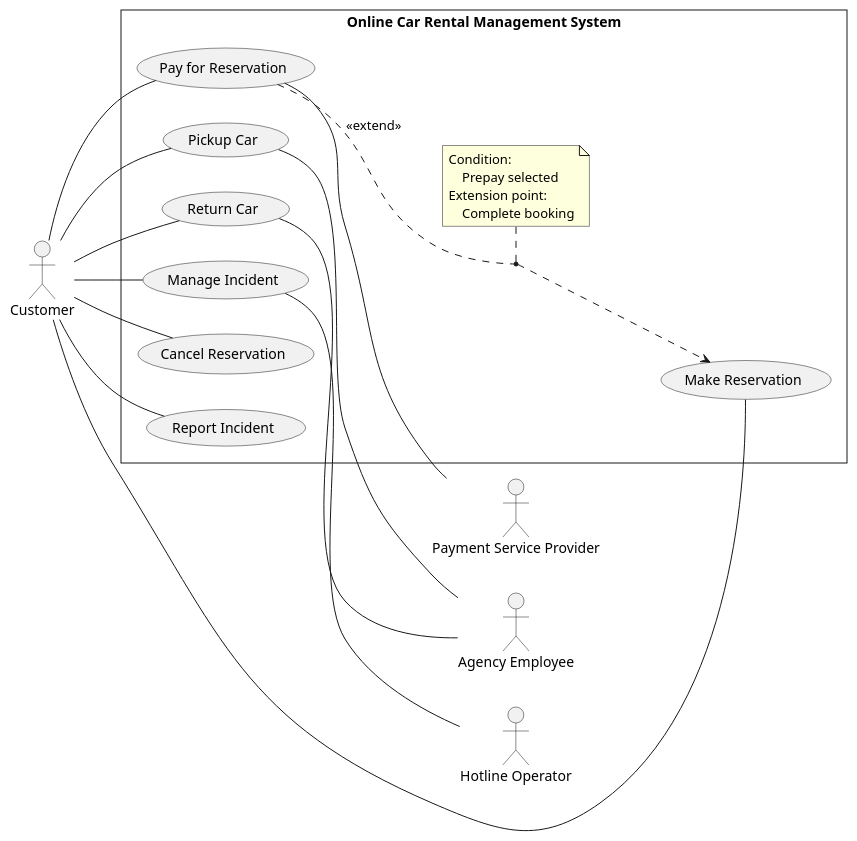
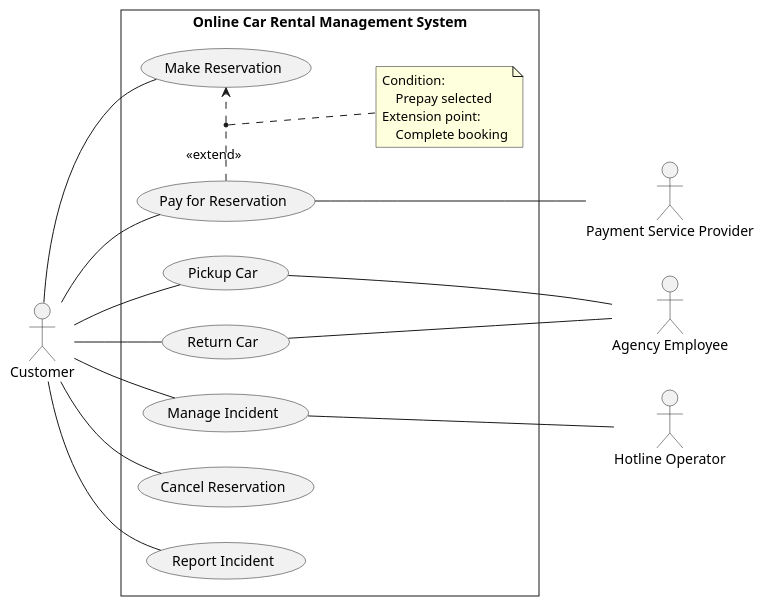
The diagram in digrams/usecase/usecase.pu (chill-cats/MIAGE-I2S-Software-Design), drawn with PlantUML before and after one commit. The commit also changed 8 other files, not shown here.

Commit message:
update settings for rendering PlantUML in Latex

```diff
--- a/digrams/usecase/usecase.pu
+++ b/digrams/usecase/usecase.pu
@@ -1,58 +1,58 @@
 @startuml usecase
 allowmixing
+left to right direction
 skinparam style strictuml
-left to right direction
 skinparam PackageStyle rectangle
 
 
 actor "Customer" as Customer
 actor "Agency Employee" as AgencyEmployee
 actor "Hotline Operator" as HotlineOperator
 actor "Payment Service Provider" as PaymentServiceProvider
 
 rectangle "Online Car Rental Management System" as System {
     usecase "Pay for Reservation" as Pay
     usecase "Make Reservation" as Reserve
 
     usecase "Pickup Car" as Pickup
     usecase "Return Car" as Return
     usecase "Manage Incident" as ManageIncident
     usecase "Cancel Reservation" as Cancel
     usecase "Report Incident" as ReportIncident
 
-Pay ..> Reserve : <<extend>>
+Pay .right.> Reserve : <<extend>>
 note as N
     Condition:
         Prepay selected
     Extension point:
         Complete booking
 end note
 
 (Pay, Reserve) .. N
 }
 
 
 Customer -- Reserve
 
 Customer -- Pay
-Pay -- PaymentServiceProvider
+Pay --- PaymentServiceProvider
 
 Customer -- Pickup
 
 Customer -- Return
 
 Customer -- ReportIncident
 
 Customer -- Cancel
 
 Customer -- ManageIncident
-ManageIncident -- HotlineOperator
+ManageIncident --- HotlineOperator
 
-Pickup -- AgencyEmployee
-Return -- AgencyEmployee
+Pickup --- AgencyEmployee
+Return --- AgencyEmployee
 
 
 
 
 
 @enduml
```
